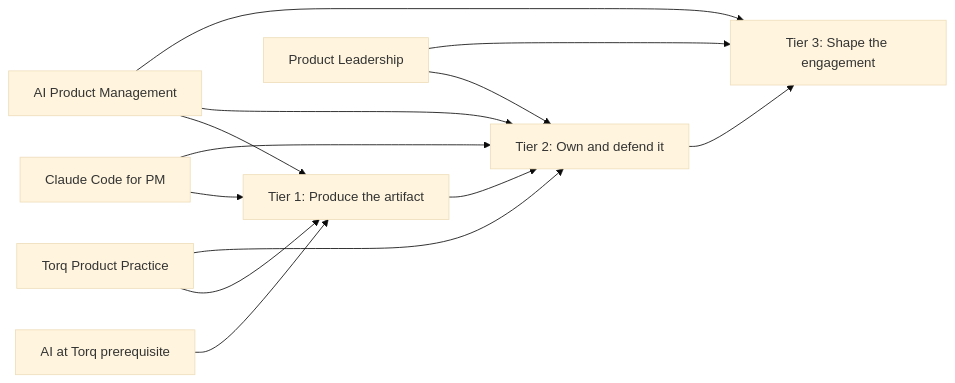
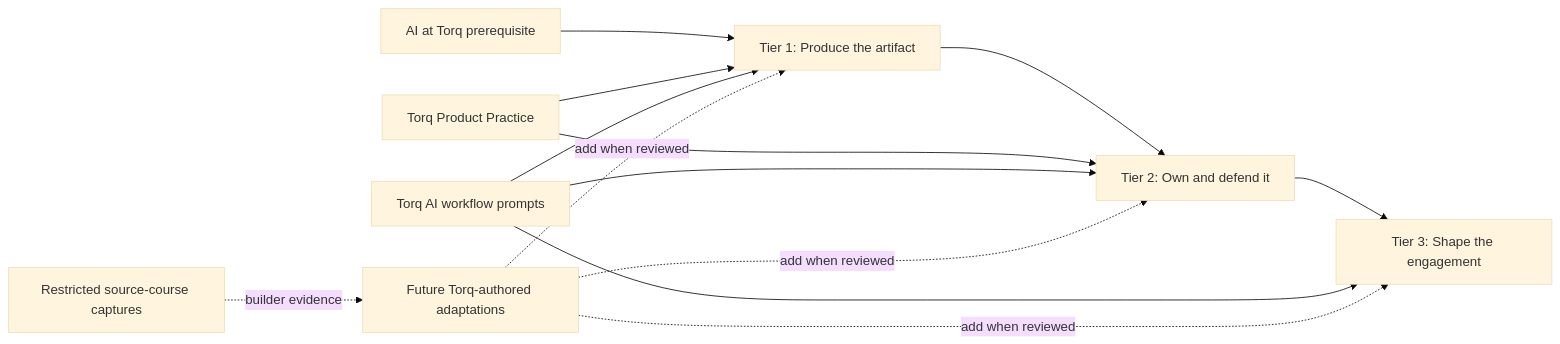
One commit to slevine-torq/ProductLearning changed the diagram in programs/product-management-for-consultants/README.md. Above: the diagram before and after it, drawn with Mermaid (base theme). The commit also changed other lines of this file and 13 other files, not shown here.

````diff
--- a/programs/product-management-for-consultants/README.md
+++ b/programs/product-management-for-consultants/README.md
@@ -9,15 +9,15 @@
 ```mermaid
 flowchart LR
     P[AI at Torq prerequisite] --> T1[Tier 1: Produce the artifact]
     T1 --> T2[Tier 2: Own and defend it]
     T2 --> T3[Tier 3: Shape the engagement]
     PP[Torq Product Practice] --> T1
     PP --> T2
-    CC[Claude Code for PM] --> T1
-    CC --> T2
-    AI[AI Product Management] --> T1
-    AI --> T2
-    AI --> T3
-    PL[Product Leadership] --> T2
-    PL --> T3
+    WF[Torq AI workflow prompts] --> T1
+    WF --> T2
+    WF --> T3
+    REF[Restricted source-course captures] -. builder evidence .-> FUT[Future Torq-authored adaptations]
+    FUT -. add when reviewed .-> T1
+    FUT -. add when reviewed .-> T2
+    FUT -. add when reviewed .-> T3
 ```
````
